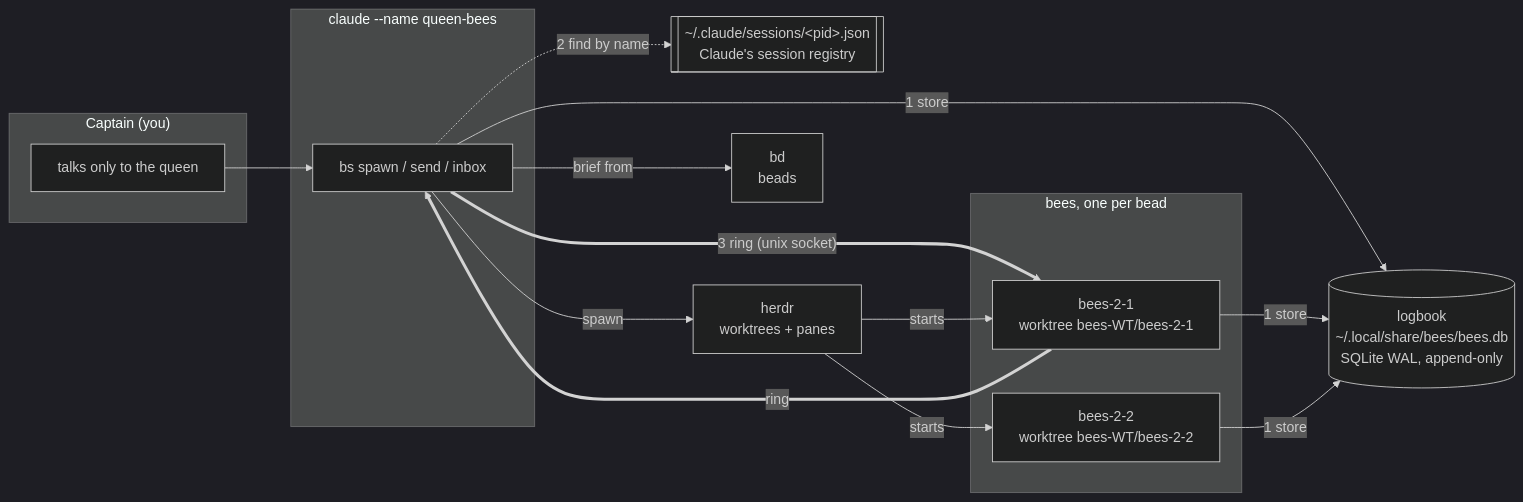
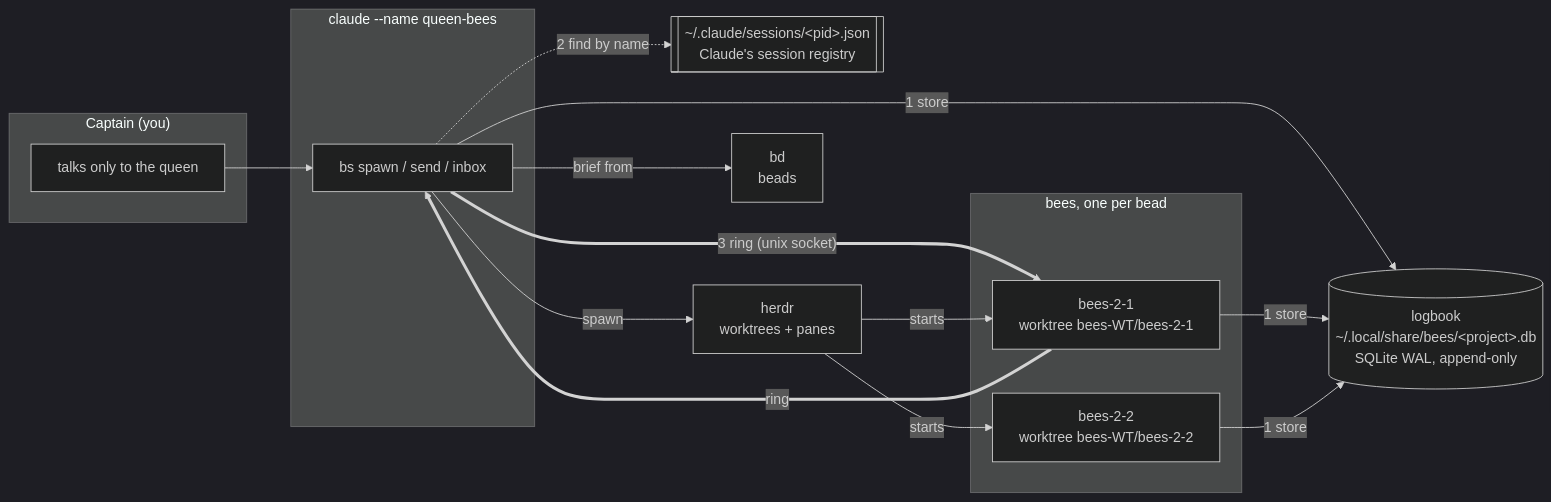
Before and after one commit to jmmshn/bees: the first of 4 diagrams in README.md, drawn with Mermaid (dark theme). The commit also changed other lines of this file and 3 other files, not shown here.

````diff
--- a/README.md
+++ b/README.md
@@ -74,29 +118,29 @@
 ```mermaid
 flowchart LR
     subgraph captain["Captain (you)"]
         H[talks only to the queen]
     end
     subgraph queen["claude --name queen-bees"]
         C[bs spawn / send / inbox]
     end
     subgraph bees["bees, one per bead"]
         P1["bees-2-1<br/>worktree bees-WT/bees-2-1"]
         P2["bees-2-2<br/>worktree bees-WT/bees-2-2"]
     end
-    LB[("logbook<br/>~/.local/share/bees/bees.db<br/>SQLite WAL, append-only")]
+    LB[("logbook<br/>~/.local/share/bees/&lt;project&gt;.db<br/>SQLite WAL, append-only")]
     REG[["~/.claude/sessions/&lt;pid&gt;.json<br/>Claude's session registry"]]
     HD[herdr<br/>worktrees + panes]
     BD[bd<br/>beads]
 
     H --> C
     C -- "1 store" --> LB
     P1 -- "1 store" --> LB
     P2 -- "1 store" --> LB
     C -. "2 find by name" .-> REG
     C == "3 ring (unix socket)" ==> P1
     P1 == "ring" ==> C
     C -- "spawn" --> HD
     C -- "brief from" --> BD
     HD -- "starts" --> P1
     HD -- "starts" --> P2
 ```
````
